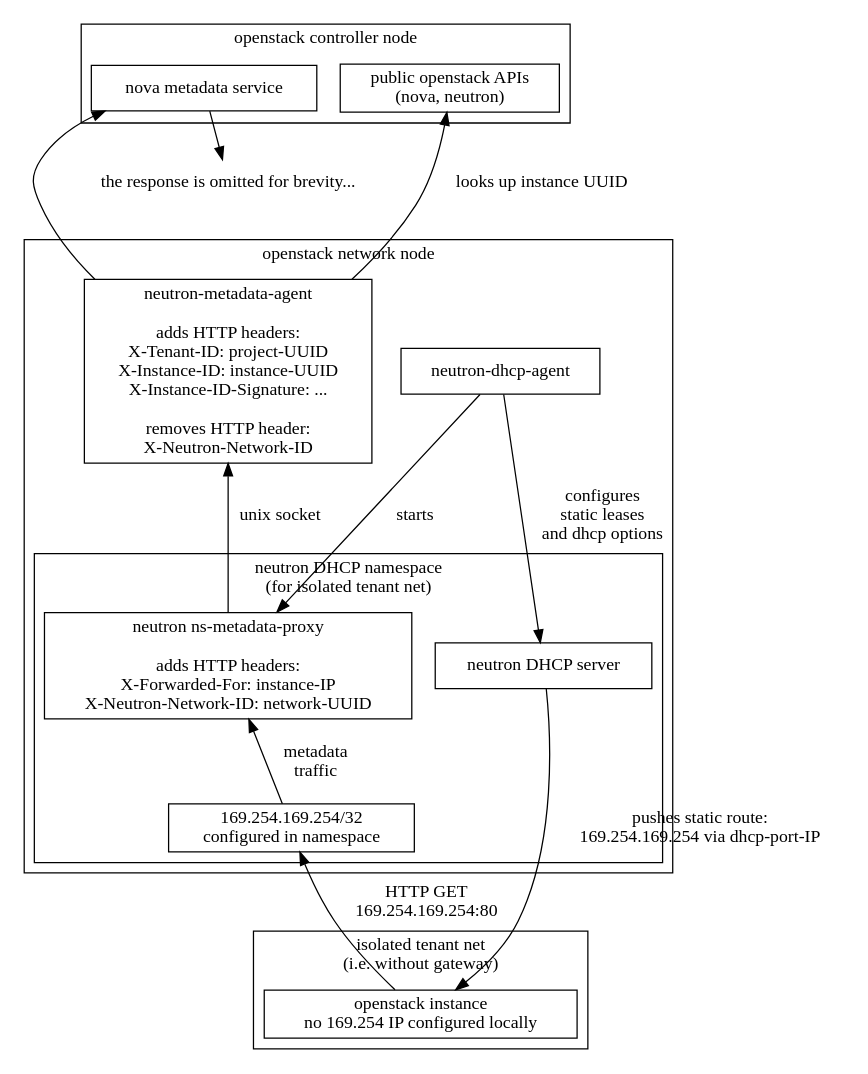
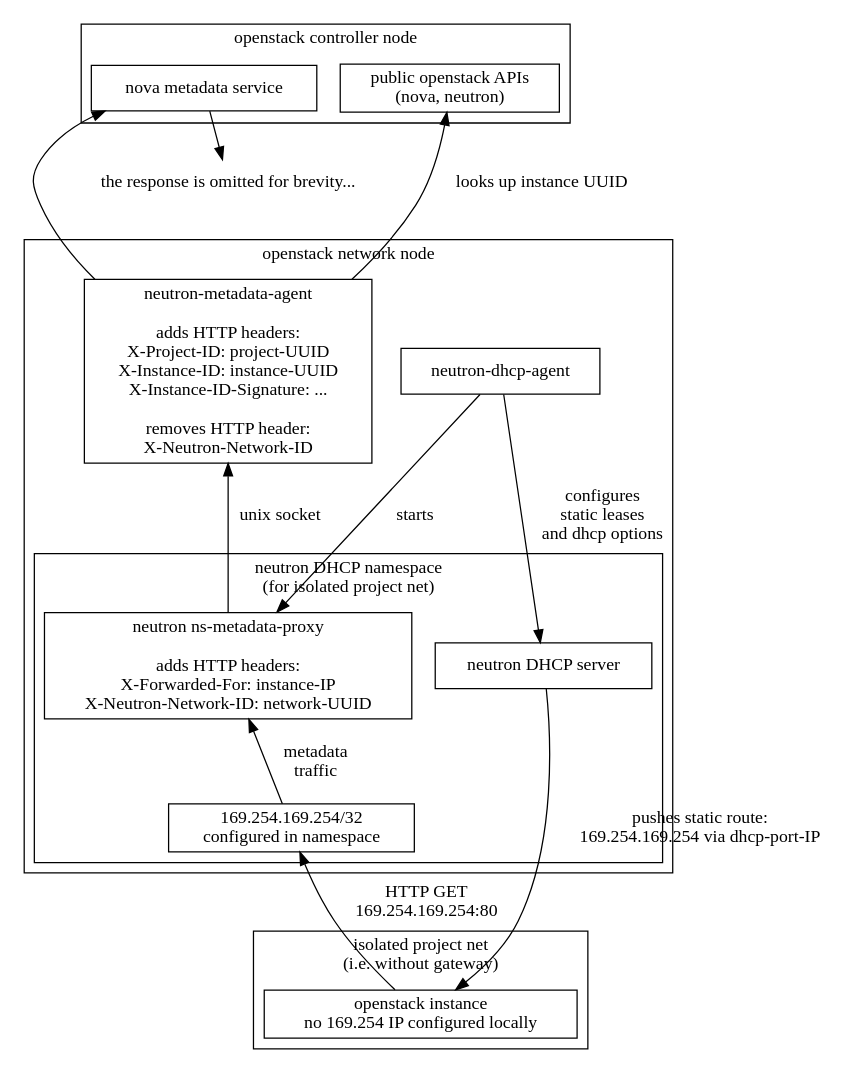
Before and after one commit to openstack/neutron: the diagram in doc/source/contributor/figures/neutron-metadata-dhcp-agent.dot, drawn with Graphviz. The commit also changed 28 other files, not shown here.

```diff
--- a/doc/source/contributor/figures/neutron-metadata-dhcp-agent.dot
+++ b/doc/source/contributor/figures/neutron-metadata-dhcp-agent.dot
@@ -1,105 +1,105 @@
 /*
 neutron-metadata-dhcp-agent
 
 Edit this file, instead of the corresponding png/svg.
 Those can be re-generated by:
 sudo apt install graphviz
 dot -T svg -o out.svg in.dot
 dot -T png -o out.png in.dot
 */
 
 digraph {
 
     compound = true
     node [
         shape = record
         ]
 
     subgraph cluster_openstack_controller {
         label = "openstack controller node"
         nova_metadata [
             label = "nova metadata service"
         ]
         public_openstack_api [
             label = "public openstack APIs\n(nova, neutron)"
         ]
     }
 
     subgraph cluster_openstack_network {
         label = "openstack network node"
         neutron_dhcp_agent [
             label = "neutron-dhcp-agent"
         ]
         neutron_metadata_agent [
-            label = "neutron-metadata-agent\n\nadds HTTP headers:\nX-Tenant-ID: project-UUID\nX-Instance-ID: instance-UUID\nX-Instance-ID-Signature: ...\n\nremoves HTTP header:\n X-Neutron-Network-ID"
+            label = "neutron-metadata-agent\n\nadds HTTP headers:\nX-Project-ID: project-UUID\nX-Instance-ID: instance-UUID\nX-Instance-ID-Signature: ...\n\nremoves HTTP header:\n X-Neutron-Network-ID"
         ]
         subgraph cluster_neutron_dhcp_namespace {
-            label = "neutron DHCP namespace\n(for isolated tenant net)"
+            label = "neutron DHCP namespace\n(for isolated project net)"
             neutron_dhcp_ns_metadata_proxy [
                 label = "neutron ns-metadata-proxy\n\nadds HTTP headers:\nX-Forwarded-For: instance-IP\nX-Neutron-Network-ID: network-UUID"
             ]
             metadata_lla [
                 label = "169.254.169.254/32\nconfigured in namespace"
             ]
             neutron_dhcp_server [
                 label = "neutron DHCP server"
             ]
         }
     }
 
-    subgraph cluster_tenant_net_isolated {
-        label = "isolated tenant net\n(i.e. without gateway)"
+    subgraph cluster_project_net_isolated {
+        label = "isolated project net\n(i.e. without gateway)"
         instance [
             label = "openstack instance\nno 169.254 IP configured locally"
         ]
     }
 
     response_omitted [
         label = "the response is omitted for brevity..."
         shape = plaintext
     ]
 
     metadata_lla -> instance [
         label = "HTTP GET\n169.254.169.254:80"
         dir = back
         align = left
     ]
 
     neutron_dhcp_ns_metadata_proxy -> metadata_lla [
         label = "metadata\ntraffic"
         dir = back
         align = left
     ]
 
     neutron_metadata_agent -> neutron_dhcp_ns_metadata_proxy [
         label = "unix socket"
         dir = back
     ]
 
     neutron_dhcp_server -> instance [
         label = "pushes static route:\n169.254.169.254 via dhcp-port-IP"
     ]
 
     neutron_dhcp_agent -> neutron_dhcp_server [
         label = "configures\nstatic leases\nand dhcp options"
     ]
 
     neutron_dhcp_agent -> neutron_dhcp_ns_metadata_proxy [
         label = "starts"
     ]
 
     nova_metadata -> neutron_metadata_agent [
         dir = back
     ]
 
     public_openstack_api -> neutron_metadata_agent [
         label = "looks up instance UUID"
         dir = back
     ]
 
     nova_metadata -> response_omitted
     response_omitted -> neutron_metadata_agent [
         style = invis
     ]
 
 }
```
